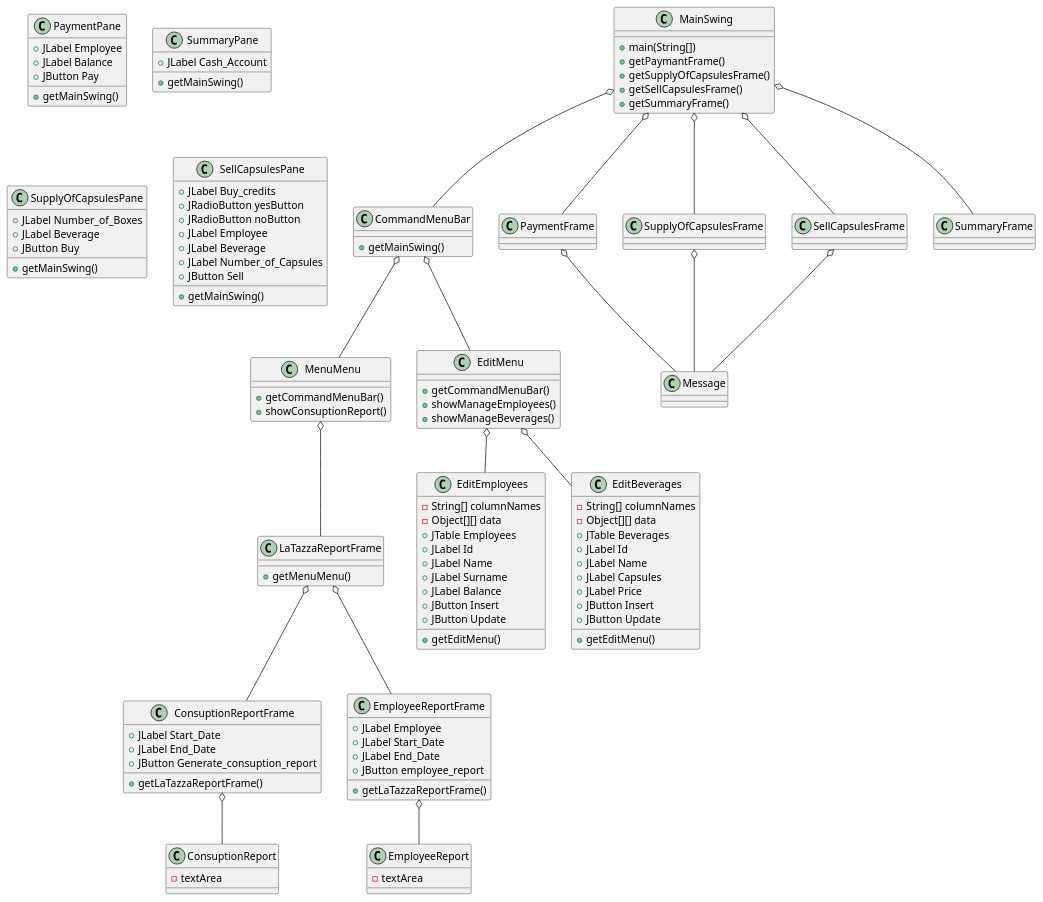
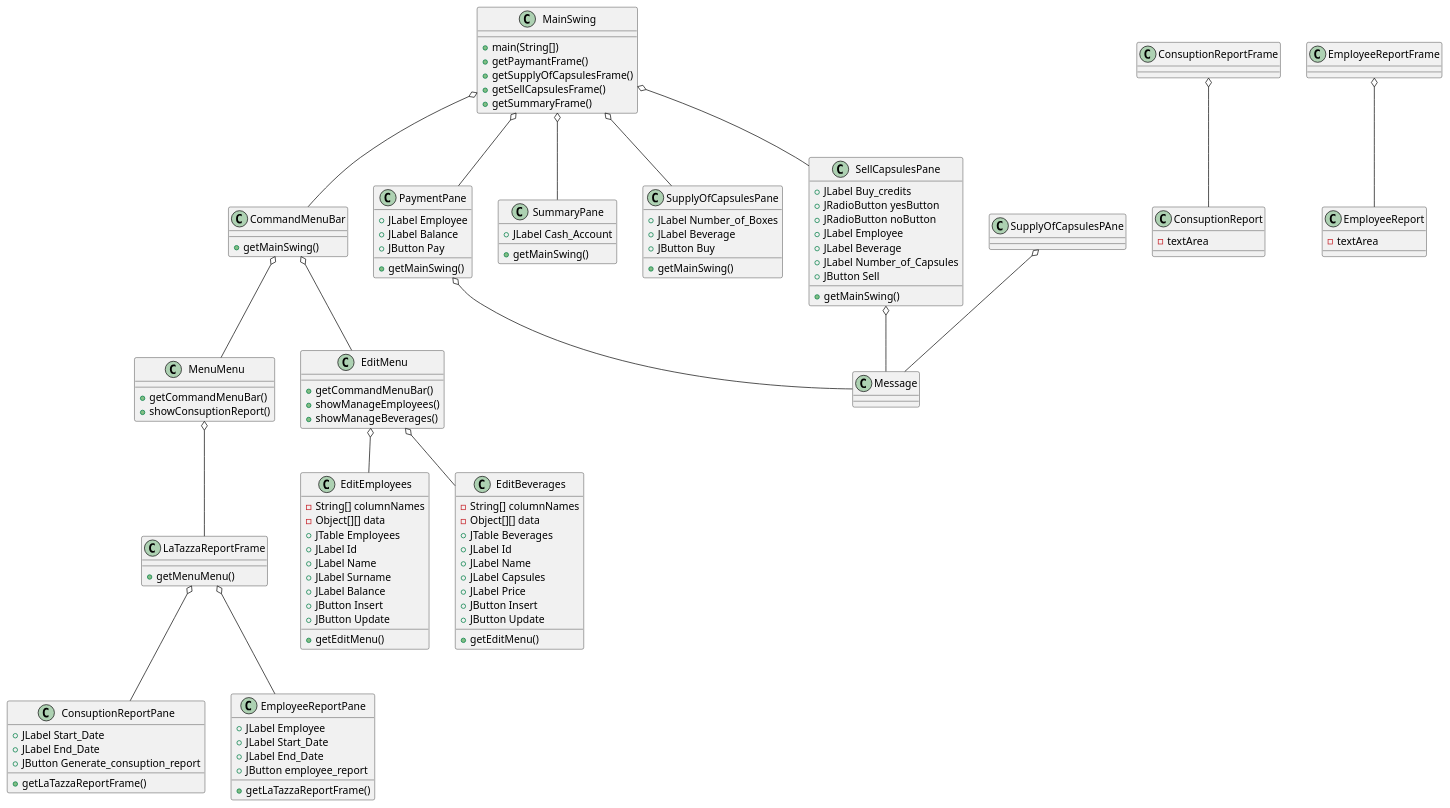
Before and after one commit to salvatore-dimartino/LaTazza: the fifth of 7 diagrams in templates/DesignDocumentTemplate.md, drawn with PlantUML.

````diff
--- a/templates/DesignDocumentTemplate.md
+++ b/templates/DesignDocumentTemplate.md
@@ -372,14 +372,14 @@
     +getMenuMenu()
 }
 
-class ConsuptionReportFrame {
+class ConsuptionReportPane {
     +JLabel Start_Date
     +JLabel End_Date
     +JButton Generate_consuption_report
     +getLaTazzaReportFrame()
 }
 
-class EmployeeReportFrame {
+class EmployeeReportPane {
     +JLabel Employee
     +JLabel Start_Date
     +JLabel End_Date
@@ -399,22 +399,22 @@
 }
 
 MainSwing o-- CommandMenuBar
-MainSwing o-- PaymentFrame
-MainSwing o-- SupplyOfCapsulesFrame
-MainSwing o-- SellCapsulesFrame
-MainSwing o-- SummaryFrame
+MainSwing o-- PaymentPane
+MainSwing o-- SupplyOfCapsulesPane
+MainSwing o-- SellCapsulesPane
+MainSwing o-- SummaryPane
 EditMenu o-- EditEmployees
 EditMenu o-- EditBeverages
 CommandMenuBar  o-- MenuMenu
 CommandMenuBar  o-- EditMenu
 MenuMenu o-- LaTazzaReportFrame
-LaTazzaReportFrame o-- ConsuptionReportFrame
-LaTazzaReportFrame o-- EmployeeReportFrame
+LaTazzaReportFrame o-- ConsuptionReportPane
+LaTazzaReportFrame o-- EmployeeReportPane
 ConsuptionReportFrame o-- ConsuptionReport
 EmployeeReportFrame o-- EmployeeReport
 
-PaymentFrame o-- Message
-SupplyOfCapsulesFrame o-- Message
-SellCapsulesFrame o-- Message
+PaymentPane o-- Message
+SupplyOfCapsulesPAne o-- Message
+SellCapsulesPane o-- Message
 @enduml
 ```
````
